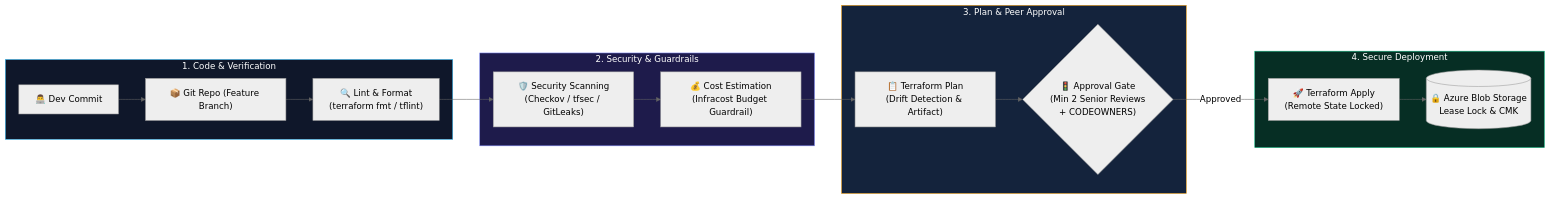
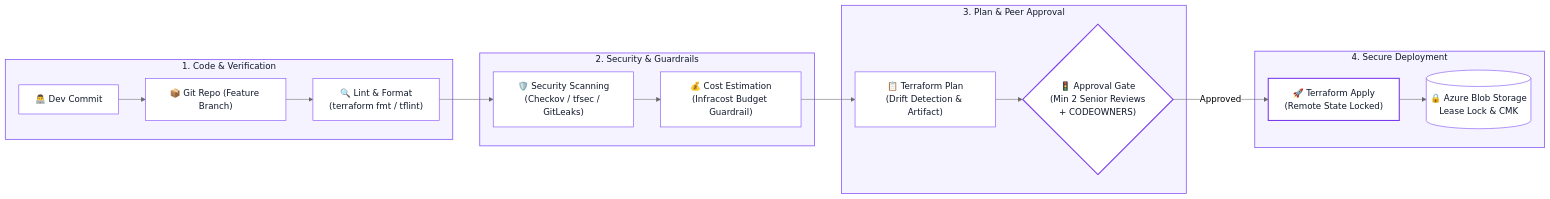
Before and after one commit to Ankitasingh-singh/Ankitasingh-singh: the second of 10 diagrams in README.md, drawn with Mermaid (neutral theme). The commit also changed other lines of this file, not shown here.

````diff
--- a/README.md
+++ b/README.md
@@ -128,27 +159,37 @@
 ```mermaid
 flowchart LR
     subgraph CodeStage["1. Code & Verification"]
         Dev["👨‍💻 Dev Commit"] --> Git["📦 Git Repo (Feature Branch)"]
-        Git --> Lint["🔍 Lint & Format\n(terraform fmt / tflint)"]
+        Git --> Lint["🔍 Lint & Format<br/>(terraform fmt / tflint)"]
     end
 
     subgraph SecurityStage["2. Security & Guardrails"]
-        Lint --> Sec["🛡️ Security Scanning\n(Checkov / tfsec / GitLeaks)"]
-        Sec --> Cost["💰 Cost Estimation\n(Infracost Budget Guardrail)"]
+        Lint --> Sec["🛡️ Security Scanning<br/>(Checkov / tfsec / GitLeaks)"]
+        Sec --> Cost["💰 Cost Estimation<br/>(Infracost Budget Guardrail)"]
     end
 
     subgraph PlanStage["3. Plan & Peer Approval"]
-        Cost --> Plan["📋 Terraform Plan\n(Drift Detection & Artifact)"]
-        Plan --> Gate{"🚦 Approval Gate\n(Min 2 Senior Reviews\n+ CODEOWNERS)"}
+        Cost --> Plan["📋 Terraform Plan<br/>(Drift Detection & Artifact)"]
+        Plan --> Gate{"🚦 Approval Gate<br/>(Min 2 Senior Reviews<br/>+ CODEOWNERS)"}
     end
 
     subgraph ApplyStage["4. Secure Deployment"]
-        Gate -->|"Approved"| Apply["🚀 Terraform Apply\n(Remote State Locked)"]
-        Apply --> State[("🔒 Azure Blob Storage\nLease Lock & CMK")]
+        Gate -->|"Approved"| Apply["🚀 Terraform Apply<br/>(Remote State Locked)"]
+        Apply --> State[("🔒 Azure Blob Storage<br/>Lease Lock & CMK")]
     end
 
-    style CodeStage fill:#0f172a,stroke:#38bdf8,stroke-width:1px,color:#fff
-    style SecurityStage fill:#1e1b4b,stroke:#818cf8,stroke-width:1px,color:#fff
-    style PlanStage fill:#14233c,stroke:#f59e0b,stroke-width:1px,color:#fff
-    style ApplyStage fill:#062e24,stroke:#10b981,stroke-width:1px,color:#fff
+    style CodeStage fill:#f5f3ff,stroke:#8b5cf6,stroke-width:1.5px,color:#0f172a
+    style SecurityStage fill:#f5f3ff,stroke:#8b5cf6,stroke-width:1.5px,color:#0f172a
+    style PlanStage fill:#f5f3ff,stroke:#8b5cf6,stroke-width:1.5px,color:#0f172a
+    style ApplyStage fill:#f5f3ff,stroke:#8b5cf6,stroke-width:1.5px,color:#0f172a
+
+    style Dev fill:#ffffff,stroke:#8b5cf6,stroke-width:1.2px,color:#0f172a
+    style Git fill:#ffffff,stroke:#8b5cf6,stroke-width:1.2px,color:#0f172a
+    style Lint fill:#ffffff,stroke:#8b5cf6,stroke-width:1.2px,color:#0f172a
+    style Sec fill:#ffffff,stroke:#8b5cf6,stroke-width:1.2px,color:#0f172a
+    style Cost fill:#ffffff,stroke:#8b5cf6,stroke-width:1.2px,color:#0f172a
+    style Plan fill:#ffffff,stroke:#8b5cf6,stroke-width:1.2px,color:#0f172a
+    style Gate fill:#ffffff,stroke:#7c3aed,stroke-width:2px,color:#0f172a
+    style Apply fill:#ffffff,stroke:#7c3aed,stroke-width:2px,color:#0f172a
+    style State fill:#ffffff,stroke:#8b5cf6,stroke-width:1.2px,color:#0f172a
 ```
````
